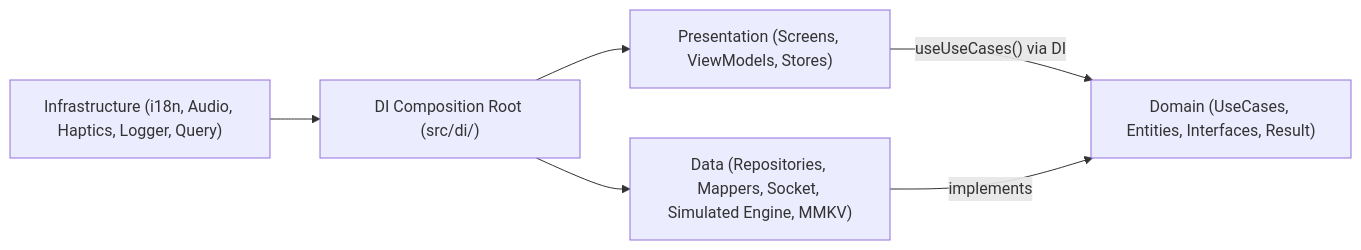
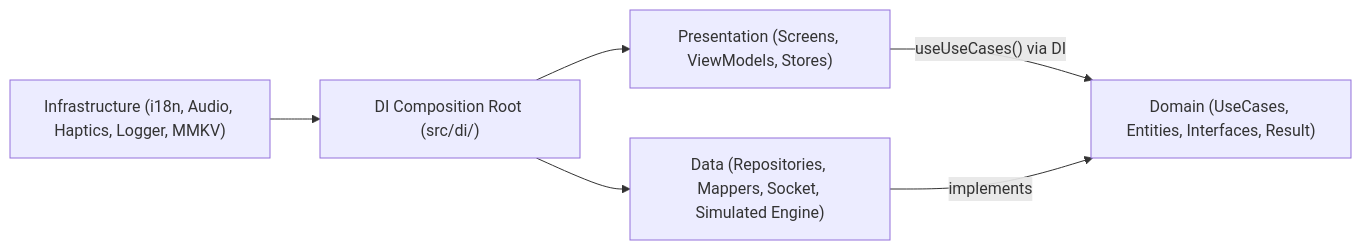
The first of 2 diagrams in README.md (muhammedelnady/chat-roulette), drawn with Mermaid before and after one commit. The commit also changed other lines of this file and 192 other files, not shown here.

Commit message:
fix: resolve full-codebase security, concurrency, architecture, and UI audit findings

````diff
--- a/README.md
+++ b/README.md
@@ -54,8 +54,8 @@
 ```mermaid
 flowchart LR
     UI["Presentation (Screens, ViewModels, Stores)"] -->|"useUseCases() via DI"| UC["Domain (UseCases, Entities, Interfaces, Result)"]
     DI["DI Composition Root (src/di/)"] --> UI
-    DI --> DATA["Data (Repositories, Mappers, Socket, Simulated Engine, MMKV)"]
+    DI --> DATA["Data (Repositories, Mappers, Socket, Simulated Engine)"]
     DATA -->|"implements"| UC
-    INFRA["Infrastructure (i18n, Audio, Haptics, Logger, Query)"] --> DI
+    INFRA["Infrastructure (i18n, Audio, Haptics, Logger, MMKV)"] --> DI
 ```
````
